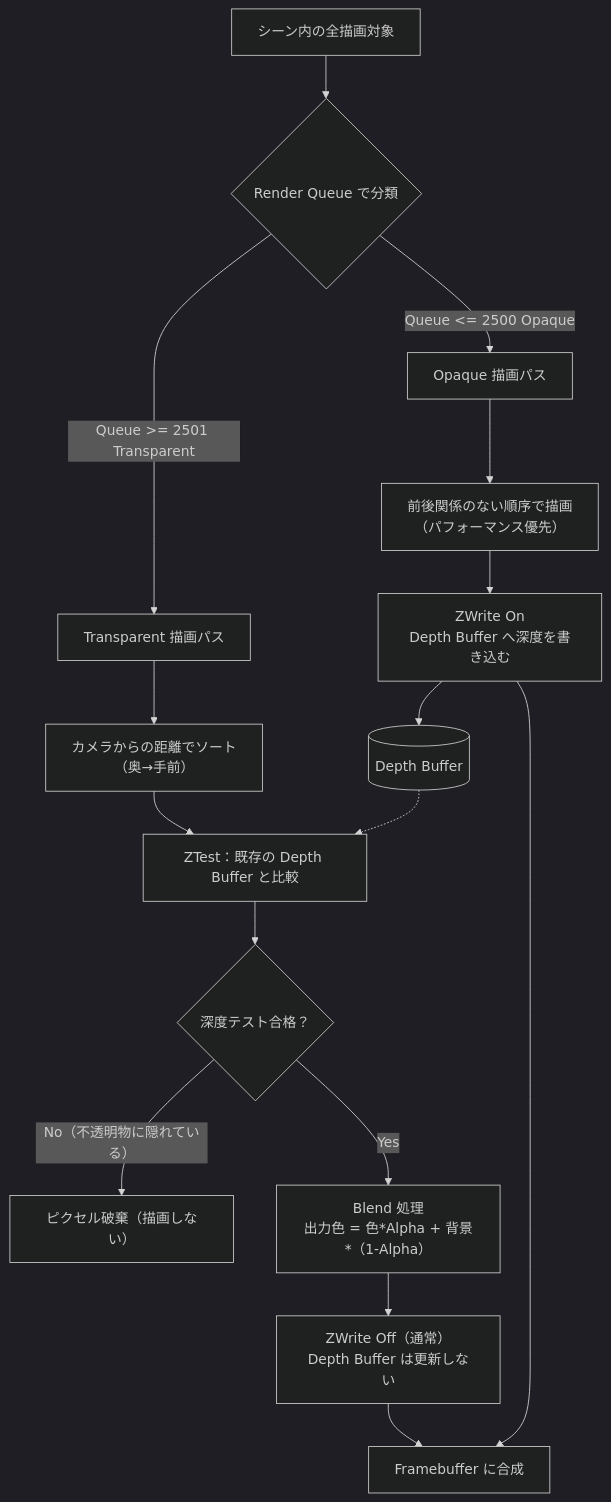
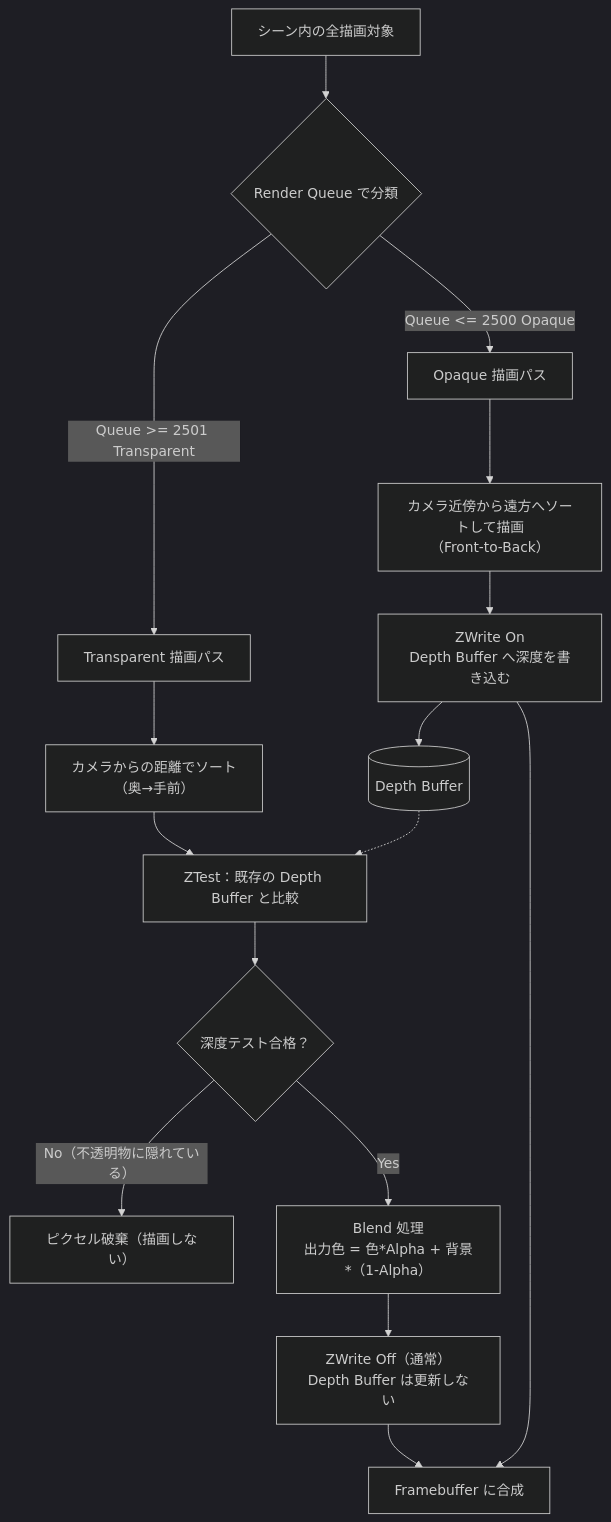
One commit to jshimura-DAS/urp_ShaderProgramming changed the first of 2 diagrams in Docs/Chapter06.md. Above: the diagram before and after it, drawn with Mermaid (dark theme). The commit also changed other lines of this file and 1 other file, not shown here.

````diff
--- a/Docs/Chapter06.md
+++ b/Docs/Chapter06.md
@@ -111,20 +128,20 @@
 ```mermaid
 flowchart TD
     A[シーン内の全描画対象] --> B{Render Queue で分類}
     B -->|Queue <= 2500 Opaque| C[Opaque 描画パス]
     B -->|Queue >= 2501 Transparent| D[Transparent 描画パス]
 
-    C --> C1[前後関係のない順序で描画<br/>（パフォーマンス優先）]
+    C --> C1[カメラ近傍から遠方へソートして描画<br/>（Front-to-Back）]
     C1 --> C2[ZWrite On<br/>Depth Buffer へ深度を書き込む]
     C2 --> E[(Depth Buffer)]
 
     D --> D1[カメラからの距離でソート<br/>（奥→手前）]
     D1 --> D2[ZTest：既存の Depth Buffer と比較]
     E -.-> D2
     D2 --> D3{深度テスト合格？}
     D3 -->|No（不透明物に隠れている）| D4[ピクセル破棄（描画しない）]
     D3 -->|Yes| D5[Blend 処理<br/>出力色 = 色*Alpha + 背景*（1-Alpha）]
     D5 --> D6[ZWrite Off（通常）<br/>Depth Buffer は更新しない]
     D6 --> F[Framebuffer に合成]
     C2 --> F
 ```
````
